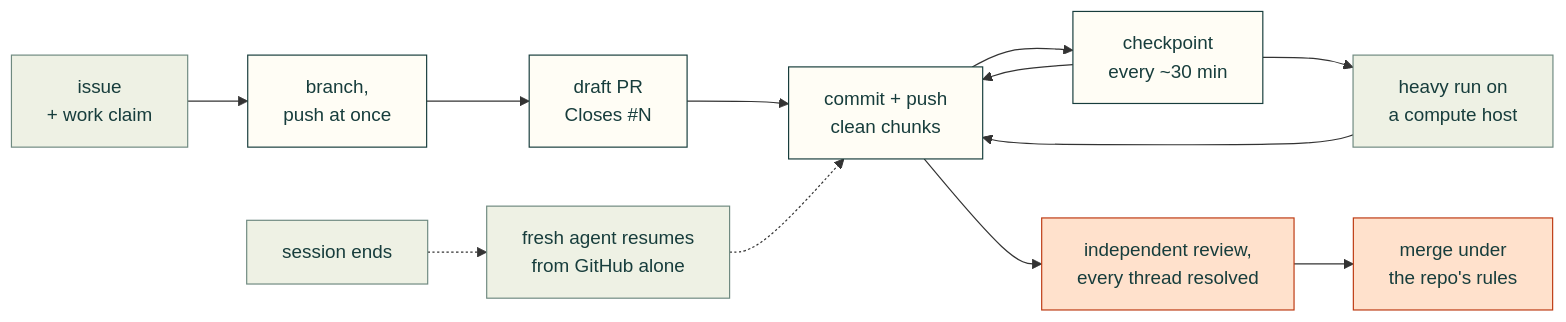
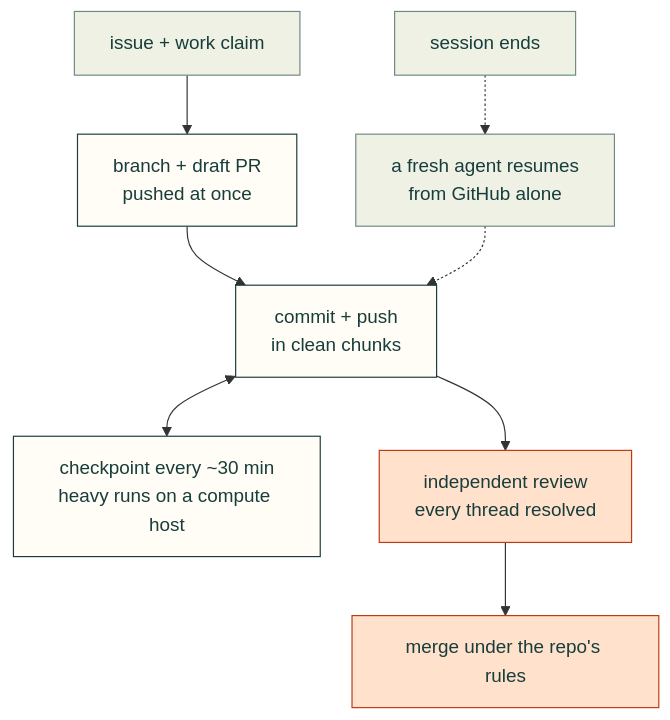
One commit to Valpatel/cad-agent changed the diagram in docs/agent-workflow.md. Above: the diagram before and after it, drawn with Mermaid. The commit also changed 14 other files, not shown here.

First line of the commit message:
Docs diagrams: top-down so they fit the article column; chart shows the error's size from zero

````diff
--- a/docs/agent-workflow.md
+++ b/docs/agent-workflow.md
@@ -55,14 +55,15 @@
 ```mermaid
-flowchart LR
-    I["issue<br/>+ work claim"] --> B["branch,<br/>push at once"] --> P["draft PR<br/>Closes #N"] --> C["commit + push<br/>clean chunks"]
-    C --> K["checkpoint<br/>every ~30 min"] --> C
-    K --> H["heavy run on<br/>a compute host"] --> C
-    C --> R["independent review,<br/>every thread resolved"] --> M["merge under<br/>the repo's rules"]
-    X["session ends"] -.-> Z["fresh agent resumes<br/>from GitHub alone"] -.-> C
+flowchart TD
+    I["issue + work claim"] --> B["branch + draft PR<br/>pushed at once"]
+    B --> C["commit + push<br/>in clean chunks"]
+    C <--> K["checkpoint every ~30 min<br/>heavy runs on a compute host"]
+    C --> R["independent review<br/>every thread resolved"]
+    R --> M["merge under the repo's rules"]
+    X["session ends"] -.-> Z["a fresh agent resumes<br/>from GitHub alone"] -.-> C
     classDef here fill:#fffdf5,stroke:#173d3c,color:#173d3c
     classDef near fill:#eef1e4,stroke:#6f8a80,color:#173d3c
     classDef out fill:#ffe1cc,stroke:#bd3a12,color:#173d3c
-    class B,P,C,K here
-    class I,H,X,Z near
+    class B,C,K here
+    class I,X,Z near
     class R,M out
 ```
````
